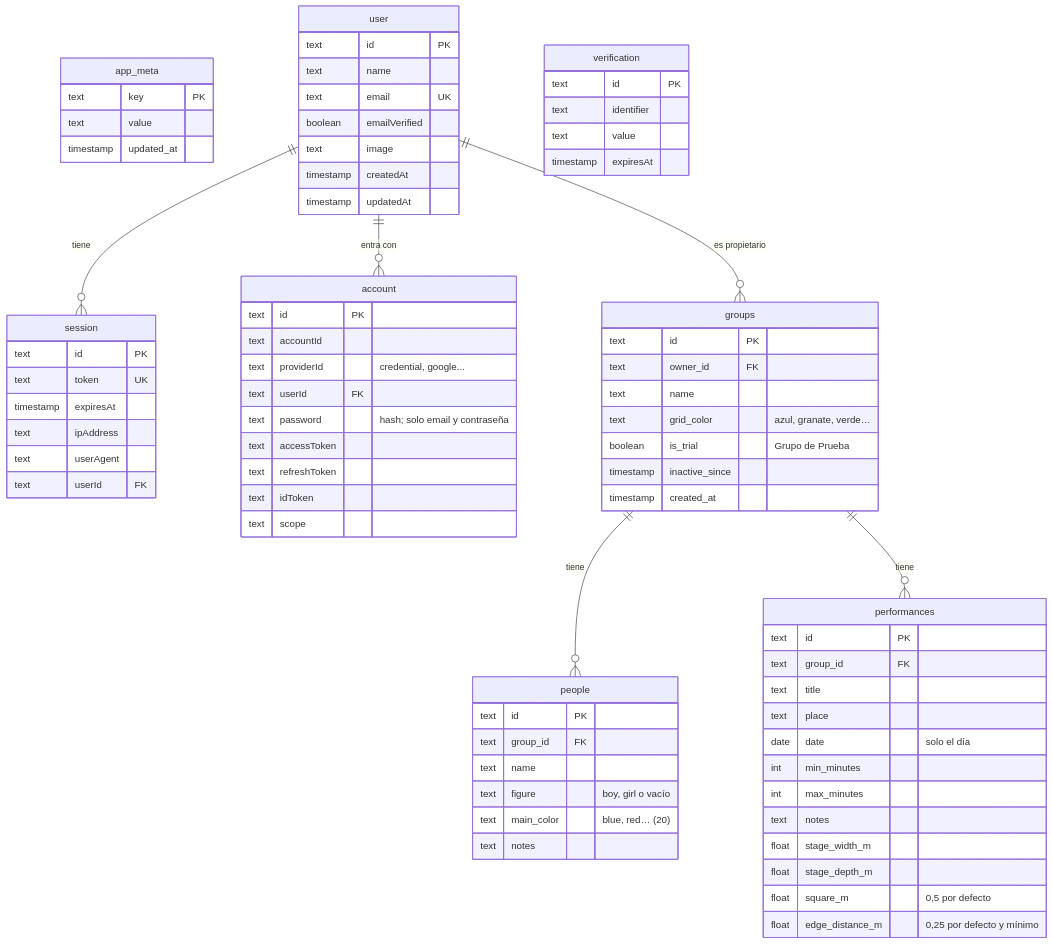
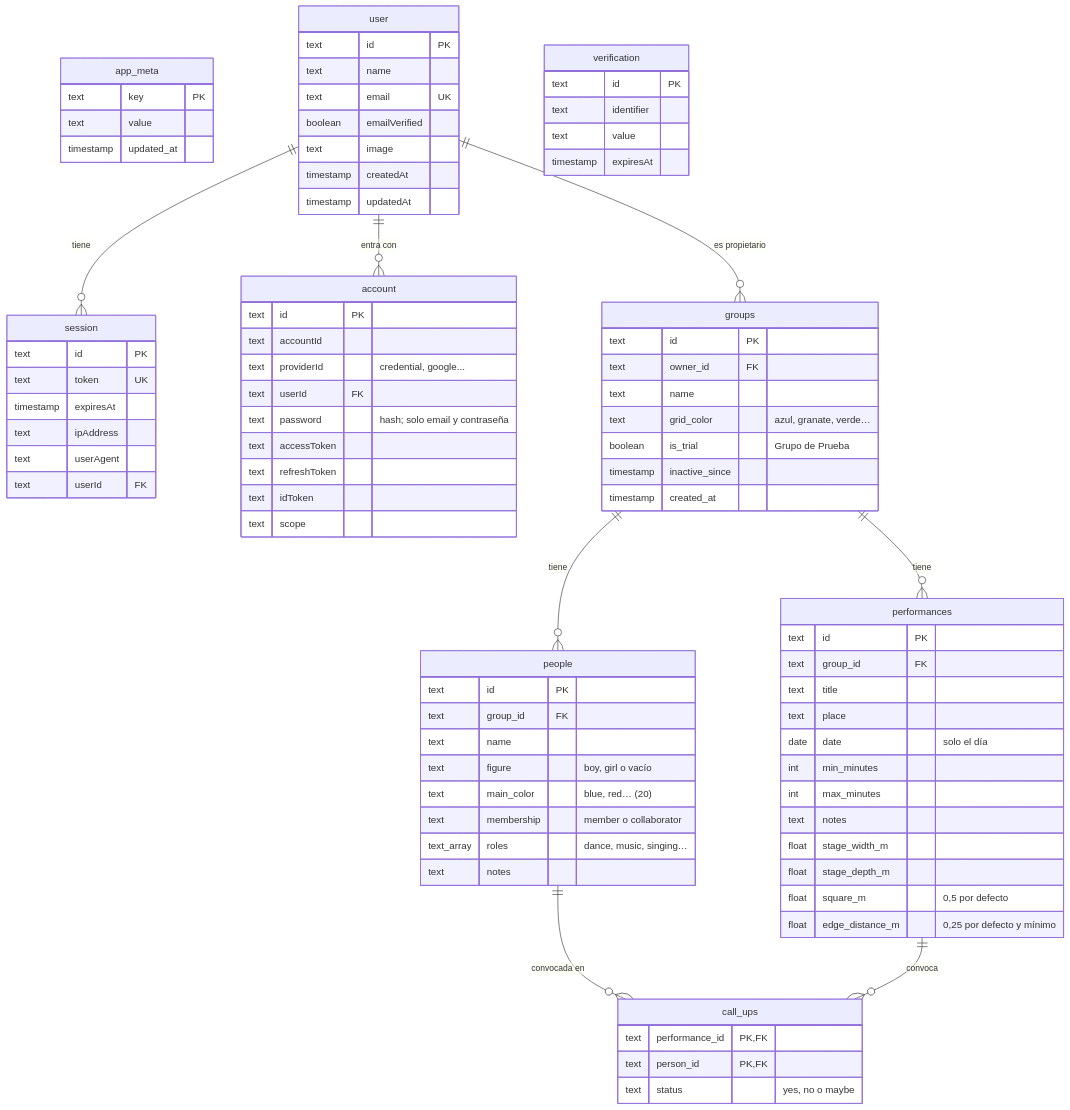
One commit to juananmgz/cuadrocorrocalle changed the first of 2 diagrams in documentation/database.md. Above: the diagram before and after it, drawn with Mermaid. The commit also changed other lines of this file and 55 other files, not shown here.

Commit message:
✨ Add the call-up step and people roles, filters and bulk actions

```diff
--- a/documentation/database.md
+++ b/documentation/database.md
@@ -69,6 +72,8 @@
     text name
     text figure "boy, girl o vacío"
     text main_color "blue, red… (20)"
+    text membership "member o collaborator"
+    text_array roles "dance, music, singing…"
     text notes
   }
   groups ||--o{ performances : "tiene"
@@ -86,6 +91,13 @@
     float square_m "0,5 por defecto"
     float edge_distance_m "0,25 por defecto y mínimo"
   }
+  people ||--o{ call_ups : "convocada en"
+  performances ||--o{ call_ups : "convoca"
+  call_ups {
+    text performance_id PK,FK
+    text person_id PK,FK
+    text status "yes, no o maybe"
+  }
   verification {
     text id PK
     text identifier
```
